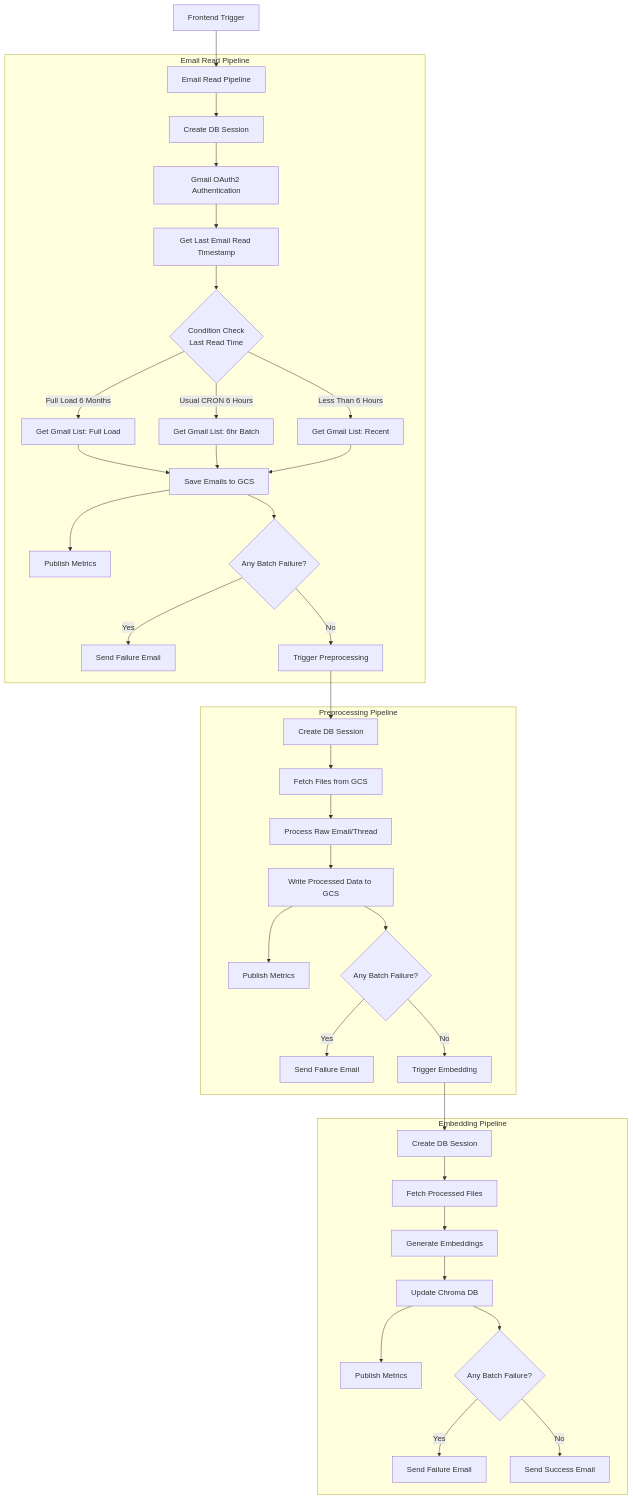
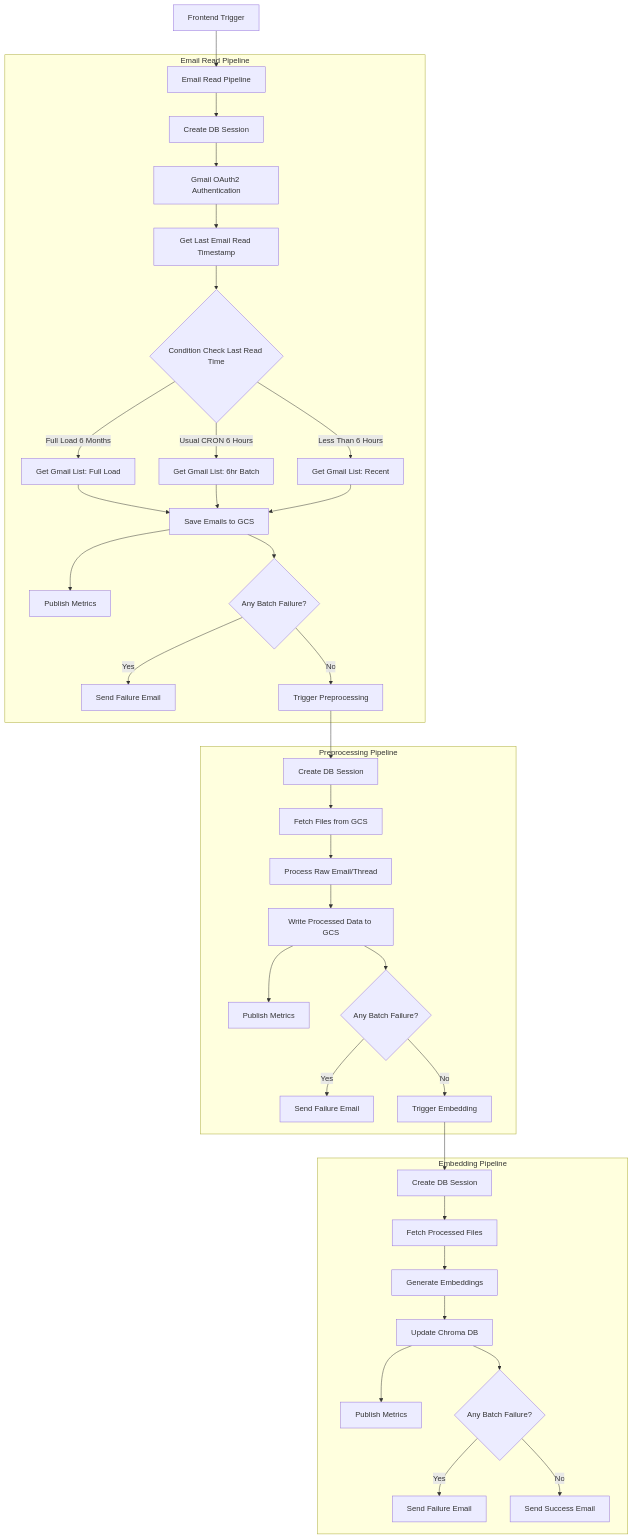
One commit to kprakhar27/InboxAI changed the diagram in Data-Pipeline/mermaid.mermaid. Above: the diagram before and after it, drawn with Mermaid.

```diff
--- a/Data-Pipeline/mermaid.mermaid
+++ b/Data-Pipeline/mermaid.mermaid
@@ -1,41 +1,41 @@
 graph TD
 A[Frontend Trigger] --> B[Email Read Pipeline]
 
     subgraph Email Read Pipeline
         B --> C[Create DB Session]
         C --> D[Gmail OAuth2 Authentication]
         D --> E[Get Last Email Read Timestamp]
-        E --> F{Condition Check\nLast Read Time}
+        E --> F{Condition Check Last Read Time}
         F -->|Full Load 6 Months| G[Get Gmail List: Full Load]
         F -->|Usual CRON 6 Hours| H[Get Gmail List: 6hr Batch]
         F -->|Less Than 6 Hours| I[Get Gmail List: Recent]
         G --> J[Save Emails to GCS]
         H --> J
         I --> J
         J --> K[Publish Metrics]
         J --> L{Any Batch Failure?}
         L -->|Yes| M[Send Failure Email]
         L -->|No| N[Trigger Preprocessing]
     end
 
     subgraph Preprocessing Pipeline
         N --> O[Create DB Session]
         O --> P[Fetch Files from GCS]
         P --> Q[Process Raw Email/Thread]
         Q --> R[Write Processed Data to GCS]
         R --> S[Publish Metrics]
         R --> T{Any Batch Failure?}
         T -->|Yes| U[Send Failure Email]
         T -->|No| V[Trigger Embedding]
     end
 
     subgraph Embedding Pipeline
         V --> W[Create DB Session]
         W --> X[Fetch Processed Files]
         X --> Y[Generate Embeddings]
         Y --> Z[Update Chroma DB]
         Z --> AA[Publish Metrics]
         Z --> AB{Any Batch Failure?}
         AB -->|Yes| AC[Send Failure Email]
         AB -->|No| AD[Send Success Email]
     end
```
